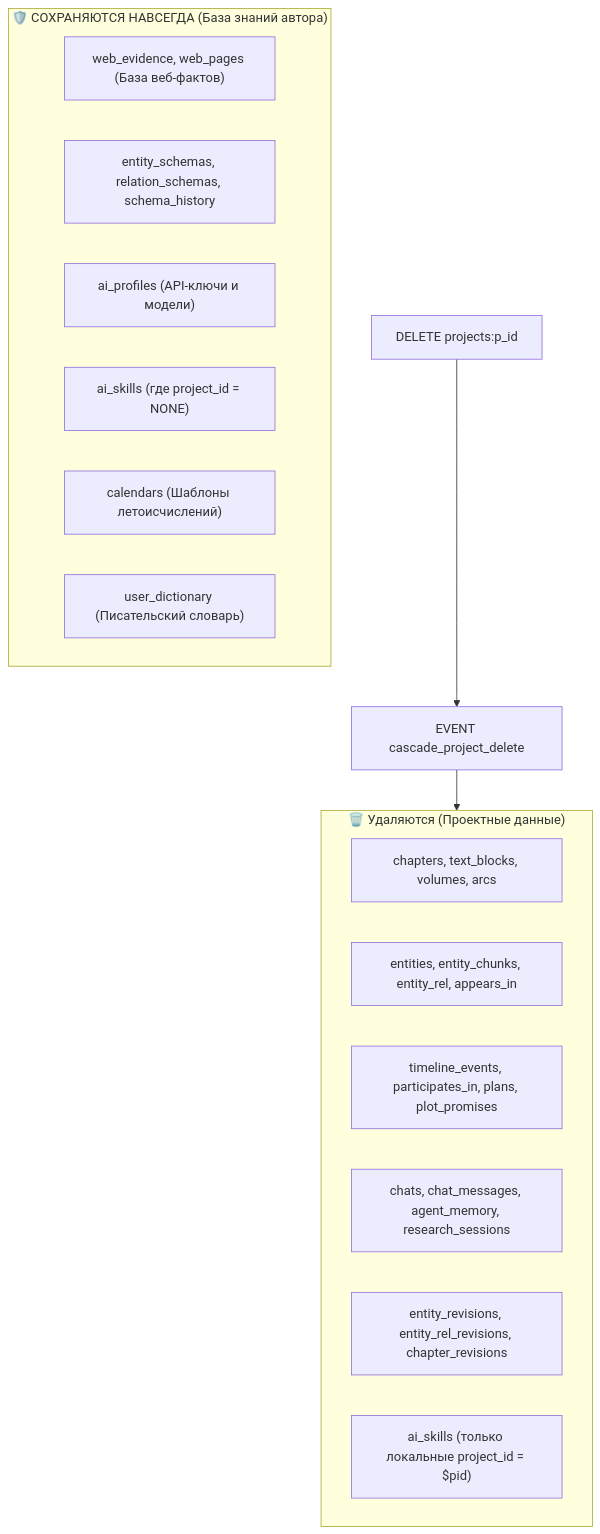
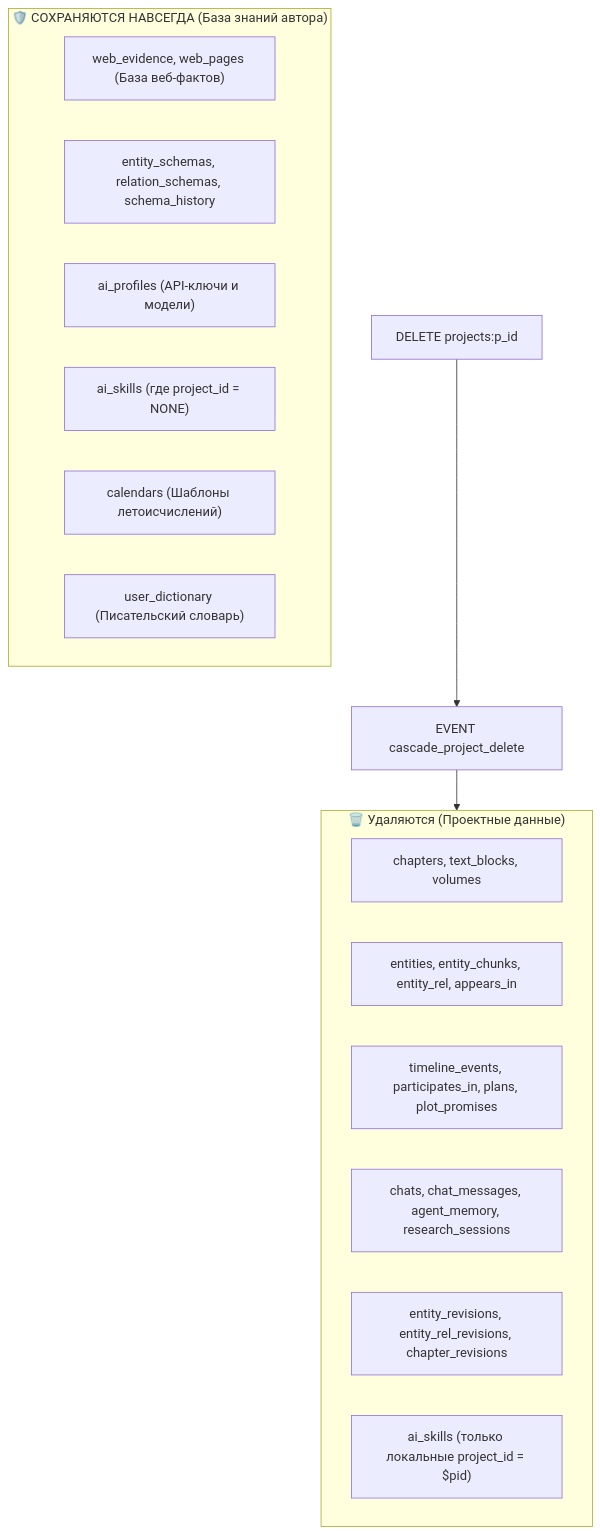
One commit to nagisokyn-prog/WorldWiki changed the second of 2 diagrams in apps/spa/src/logic/README_Logic.md. Above: the diagram before and after it, drawn with Mermaid. The commit also changed other lines of this file and 81 other files, not shown here.

Commit message:
feat: implement core manuscript management, AI integration features, and database schemas

````diff
--- a/apps/spa/src/logic/README_Logic.md
+++ b/apps/spa/src/logic/README_Logic.md
@@ -194,24 +191,24 @@
 ```mermaid
 flowchart TD
     DelProj["DELETE projects:p_id"] --> Trigger["EVENT cascade_project_delete"]
     
     subgraph Purged ["🗑️ Удаляются (Проектные данные)"]
-        Chapters["chapters, text_blocks, volumes, arcs"]
+        Chapters["chapters, text_blocks, volumes"]
         Entities["entities, entity_chunks, entity_rel, appears_in"]
         Timeline["timeline_events, participates_in, plans, plot_promises"]
         AiChats["chats, chat_messages, agent_memory, research_sessions"]
         Revisions["entity_revisions, entity_rel_revisions, chapter_revisions"]
         LocalSkills["ai_skills (только локальные project_id = $pid)"]
     end
 
     subgraph Protected ["🛡️ СОХРАНЯЮТСЯ НАВСЕГДА (База знаний автора)"]
         WebCache["web_evidence, web_pages (База веб-фактов)"]
         Schemas["entity_schemas, relation_schemas, schema_history"]
         Profiles["ai_profiles (API-ключи и модели)"]
         GlobalSkills["ai_skills (где project_id = NONE)"]
         Calendars["calendars (Шаблоны летоисчислений)"]
         Dict["user_dictionary (Писательский словарь)"]
     end
 
     Trigger --> Purged
 ```
````
